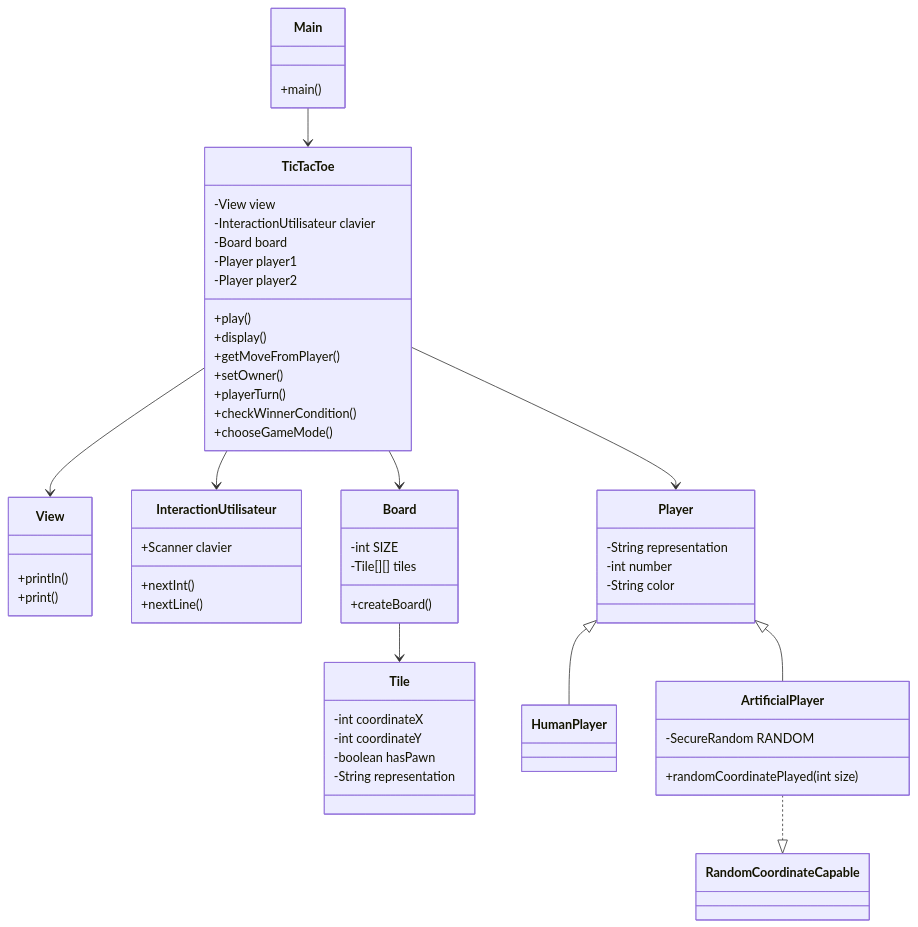
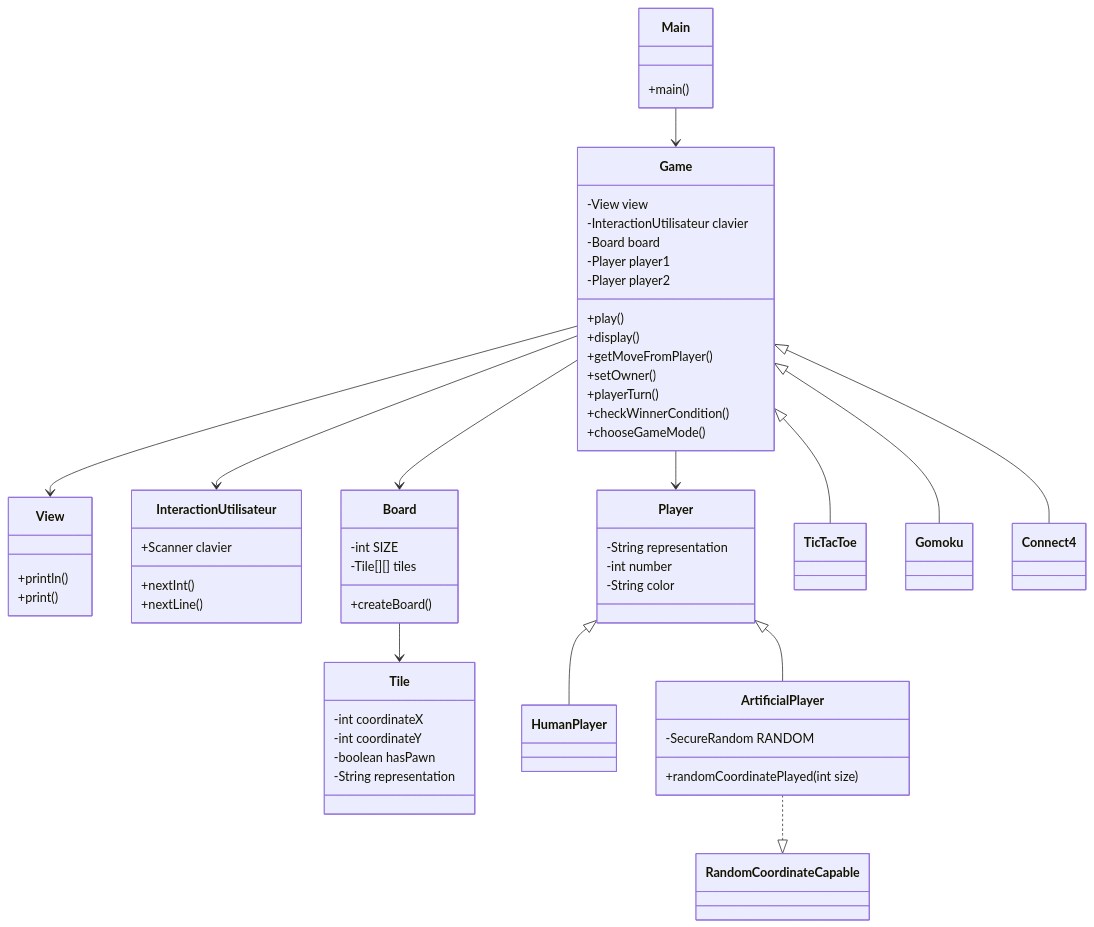
Before and after one commit to loic-job-dev/TicTacToe: the first of 2 diagrams in README.md, drawn with Mermaid. The commit also changed 2 other files, not shown here.

````diff
--- a/README.md
+++ b/README.md
@@ -50,68 +50,80 @@
 ```mermaid
 classDiagram
     class Main {
         +main()
     }
-    Main --> TicTacToe
+    Main --> Game
 
-    class TicTacToe {
+    class Game {
         -View view
         -InteractionUtilisateur clavier
         -Board board
         -Player player1
         -Player player2
         +play()
         +display()
         +getMoveFromPlayer()
         +setOwner()
         +playerTurn()
         +checkWinnerCondition()
         +chooseGameMode()
     }
-    TicTacToe --> View
-    TicTacToe --> InteractionUtilisateur
-    TicTacToe --> Board
-    TicTacToe --> Player
+    Game --> View
+    Game --> InteractionUtilisateur
+    Game --> Board
+    Game --> Player
+    
+    class TicTacToe {
+    }
+    Game <|-- TicTacToe
+    
+    class Gomoku{
+    }
+    Game <|-- Gomoku
+    
+    class Connect4{
+    }
+    Game <|-- Connect4
 
     class View {
         +println()
         +print()
     }
 
     class InteractionUtilisateur {
         +Scanner clavier
         +nextInt()
         +nextLine()
     }
 
     class Board {
         -int SIZE
         -Tile[][] tiles
         +createBoard()
     }
     Board --> Tile
 
     class Tile {
         -int coordinateX
         -int coordinateY
         -boolean hasPawn
         -String representation
     }
 
     class Player {
         -String representation
         -int number
         -String color
     }
     Player <|-- HumanPlayer
     Player <|-- ArtificialPlayer
 
     class HumanPlayer {
     }
 
     class ArtificialPlayer {
         -SecureRandom RANDOM
         +randomCoordinatePlayed(int size)
     }
     ArtificialPlayer ..|> RandomCoordinateCapable
 ```
````
